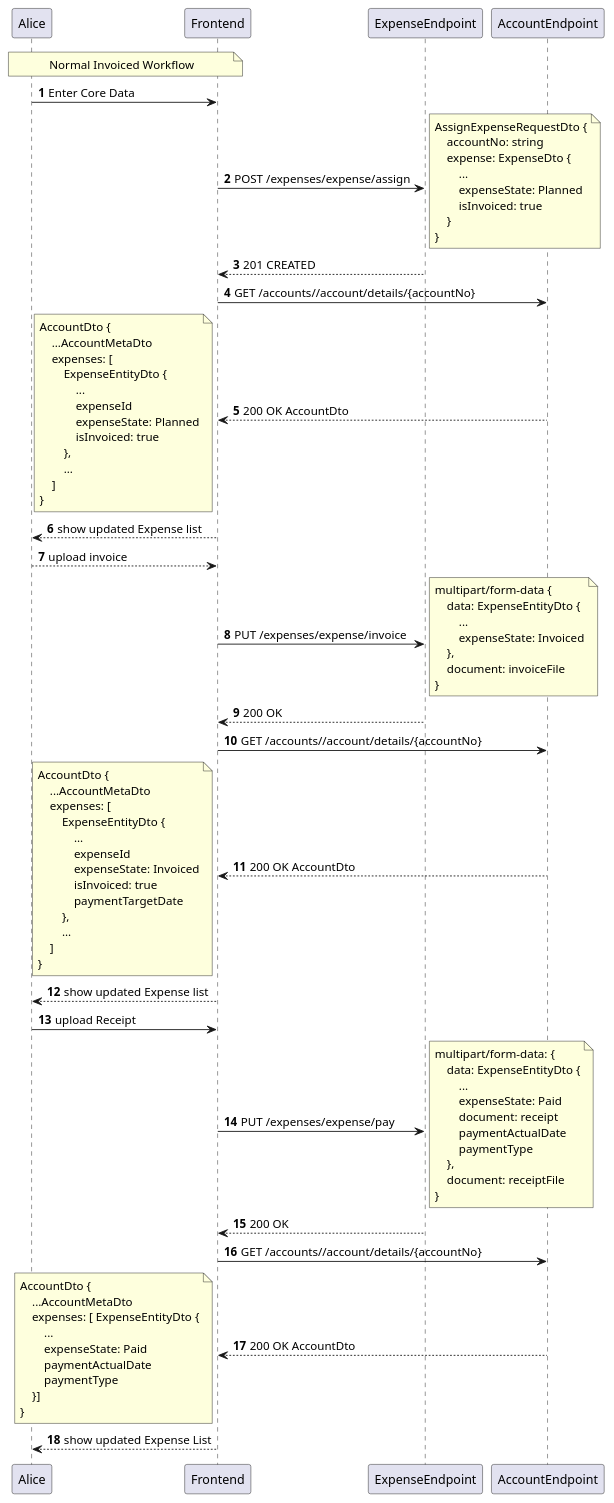
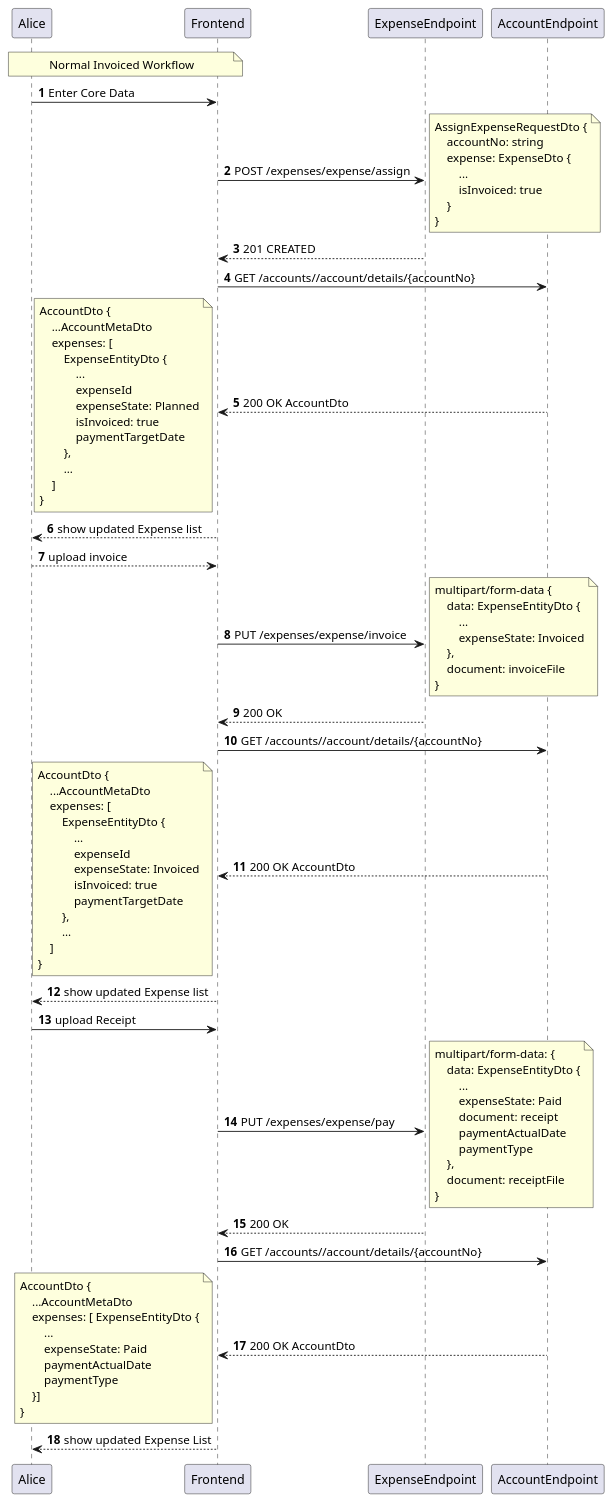
The diagram in doc/implementation/backend/use-cases/assign-expense/invoiced-flow-normal.seq.puml (onouv/expenses), drawn with PlantUML before and after one commit. The commit also changed 25 other files, not shown here.

Commit message:
= BE: adapt to new DTO schema

```diff
--- a/doc/implementation/backend/use-cases/assign-expense/invoiced-flow-normal.seq.puml
+++ b/doc/implementation/backend/use-cases/assign-expense/invoiced-flow-normal.seq.puml
@@ -1,100 +1,100 @@
 @startuml
 autonumber
 participant Alice
 participant Frontend
 participant ExpenseEndpoint
 
 note over Alice, Frontend: Normal Invoiced Workflow
 
 Alice -> Frontend: Enter Core Data
 Frontend -> ExpenseEndpoint: POST /expenses/expense/assign
 note right
 AssignExpenseRequestDto {
     accountNo: string
     expense: ExpenseDto {
         ...
-        expenseState: Planned
         isInvoiced: true
     }
 }
 end note
 Frontend <-- ExpenseEndpoint: 201 CREATED
 Frontend -> AccountEndpoint: GET /accounts//account/details/{accountNo}
 Frontend <-- AccountEndpoint: 200 OK AccountDto
 note left
 AccountDto {
     ...AccountMetaDto
     expenses: [
         ExpenseEntityDto {
             ...
             expenseId
             expenseState: Planned
             isInvoiced: true
+            paymentTargetDate
         },
         ...
     ]
 }
 end note
 Alice <-- Frontend: show updated Expense list
 Alice --> Frontend: upload invoice
 Frontend -> ExpenseEndpoint: PUT /expenses/expense/invoice
 note right
     multipart/form-data {
         data: ExpenseEntityDto {
             ...
             expenseState: Invoiced
         },
         document: invoiceFile
     }
 end note
 Frontend <-- ExpenseEndpoint: 200 OK
 Frontend -> AccountEndpoint: GET /accounts//account/details/{accountNo}
 Frontend <-- AccountEndpoint: 200 OK AccountDto
 note left
 AccountDto {
     ...AccountMetaDto
     expenses: [
         ExpenseEntityDto {
             ...
             expenseId
             expenseState: Invoiced
             isInvoiced: true
             paymentTargetDate
         },
         ...
     ]
 }
 end note
 
 Alice <-- Frontend: show updated Expense list
 Alice -> Frontend: upload Receipt
 Frontend -> ExpenseEndpoint: PUT /expenses/expense/pay
 note right
     multipart/form-data: {
         data: ExpenseEntityDto {
             ...
             expenseState: Paid
             document: receipt
             paymentActualDate
             paymentType
         },
         document: receiptFile
     }
 end note
 Frontend <-- ExpenseEndpoint: 200 OK
 Frontend -> AccountEndpoint: GET /accounts//account/details/{accountNo}
 Frontend <-- AccountEndpoint: 200 OK AccountDto
 note left
 AccountDto {
     ...AccountMetaDto
     expenses: [ ExpenseEntityDto {
         ...
         expenseState: Paid
         paymentActualDate
         paymentType
     }]
 }
 end note
 
 Alice <-- Frontend: show updated Expense List
 @enduml
```
